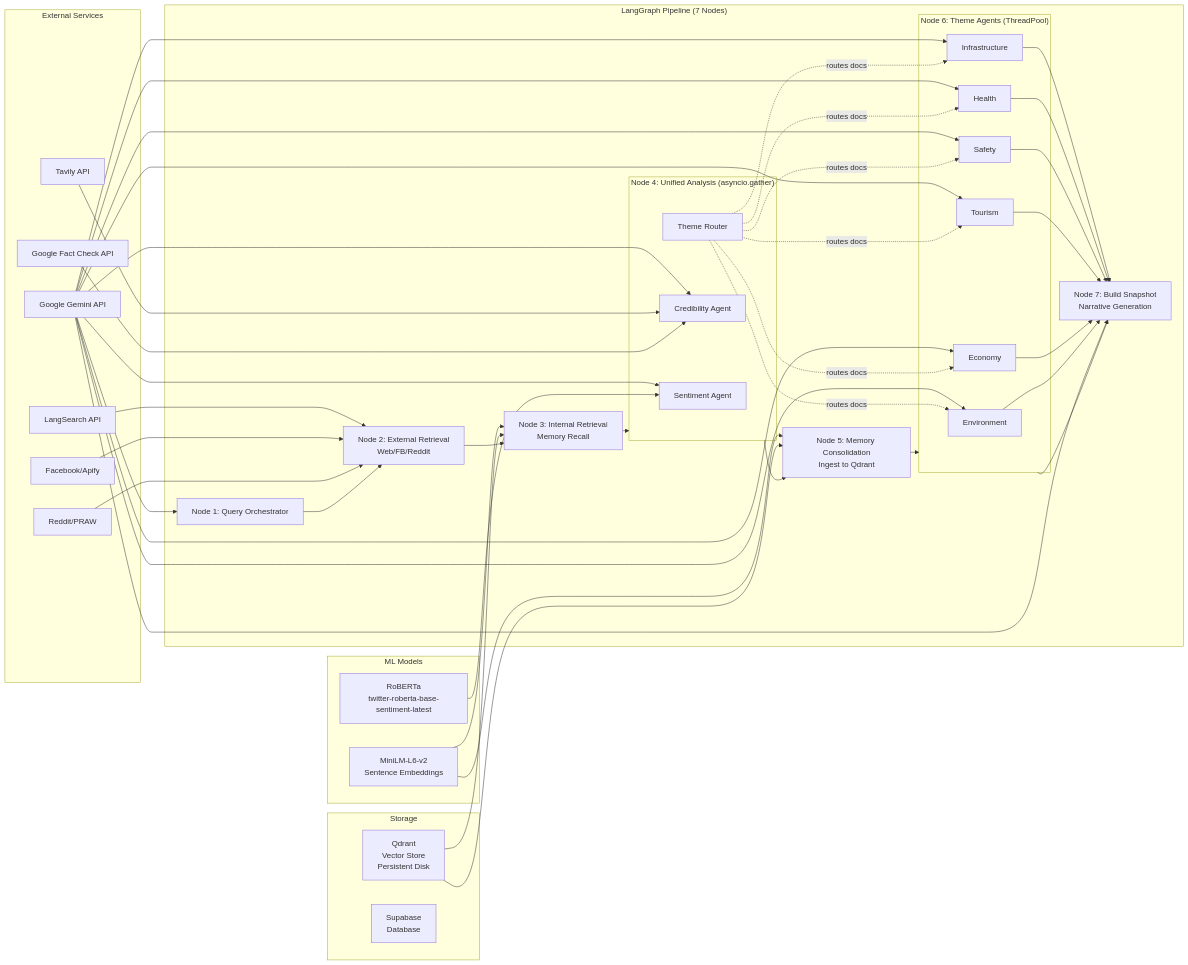
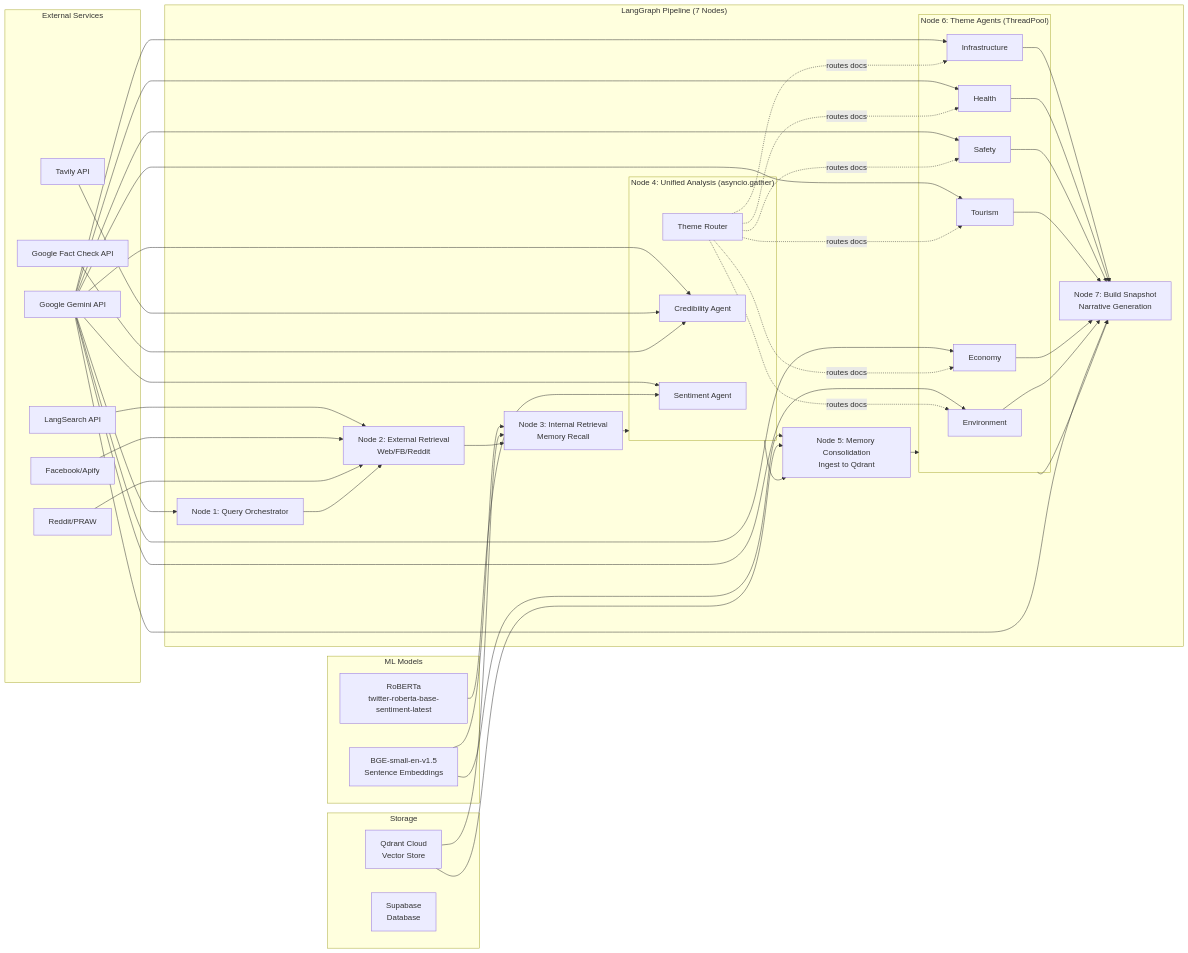
The third of 3 diagrams in docs/ARCHITECTURE.md (donyelqt/Hinaing), drawn with Mermaid before and after one commit. The commit also changed other lines of this file and 34 other files, not shown here.

````diff
--- a/docs/ARCHITECTURE.md
+++ b/docs/ARCHITECTURE.md
@@ -247,76 +247,76 @@
 ```mermaid
 graph LR
     subgraph External["External Services"]
         LS[LangSearch API]
         FB[Facebook/Apify]
         RD[Reddit/PRAW]
         GEMINI[Google Gemini API]
         TAVILY[Tavily API]
         GFACT[Google Fact Check API]
     end
 
     subgraph Models["ML Models"]
         ROBERTA[RoBERTa<br/>twitter-roberta-base-sentiment-latest]
-        MINILM[MiniLM-L6-v2<br/>Sentence Embeddings]
+        BGE[BGE-small-en-v1.5<br/>Sentence Embeddings]
     end
 
     subgraph Storage["Storage"]
-        QDRANT[Qdrant<br/>Vector Store<br/>Persistent Disk]
+        QDRANT[Qdrant Cloud<br/>Vector Store]
         SUPA[Supabase<br/>Database]
     end
 
     subgraph LangGraphNodes["LangGraph Pipeline (7 Nodes)"]
         NODE1[Node 1: Query Orchestrator]
         NODE2[Node 2: External Retrieval<br/>Web/FB/Reddit]
         NODE3[Node 3: Internal Retrieval<br/>Memory Recall]
         
         subgraph NODE4["Node 4: Unified Analysis (asyncio.gather)"]
             SNA[Sentiment Agent]
             CRA[Credibility Agent]
             TRA[Theme Router]
         end
         
         NODE5[Node 5: Memory Consolidation<br/>Ingest to Qdrant]
         
         subgraph NODE6["Node 6: Theme Agents (ThreadPool)"]
             TH1[Infrastructure]
             TH2[Health]
             TH3[Safety]
             TH4[Tourism]
             TH5[Economy]
             TH6[Environment]
         end
         
         NODE7[Node 7: Build Snapshot<br/>Narrative Generation]
         
         TH1 & TH2 & TH3 & TH4 & TH5 & TH6 --> NODE7
     end
 
     %% External connections
     LS --> NODE2
     FB --> NODE2
     RD --> NODE2
     GEMINI --> NODE1
     GEMINI --> SNA
     GEMINI --> CRA
     GEMINI --> TH1 & TH2 & TH3 & TH4 & TH5 & TH6
     GEMINI --> NODE7
     TAVILY --> CRA
     GFACT --> CRA
     ROBERTA --> SNA
-    MINILM --> NODE3
-    MINILM --> NODE5
+    BGE --> NODE3
+    BGE --> NODE5
     QDRANT --> NODE3
     QDRANT --> NODE5
 
     %% Pipeline flow
     NODE1 --> NODE2
     NODE2 --> NODE3
     NODE3 --> NODE4
     NODE4 --> NODE5
     NODE5 --> NODE6
     NODE6 --> NODE7
     
     %% Theme Router routes to Theme Agents
     TRA -.->|routes docs| TH1 & TH2 & TH3 & TH4 & TH5 & TH6
 ```
````
